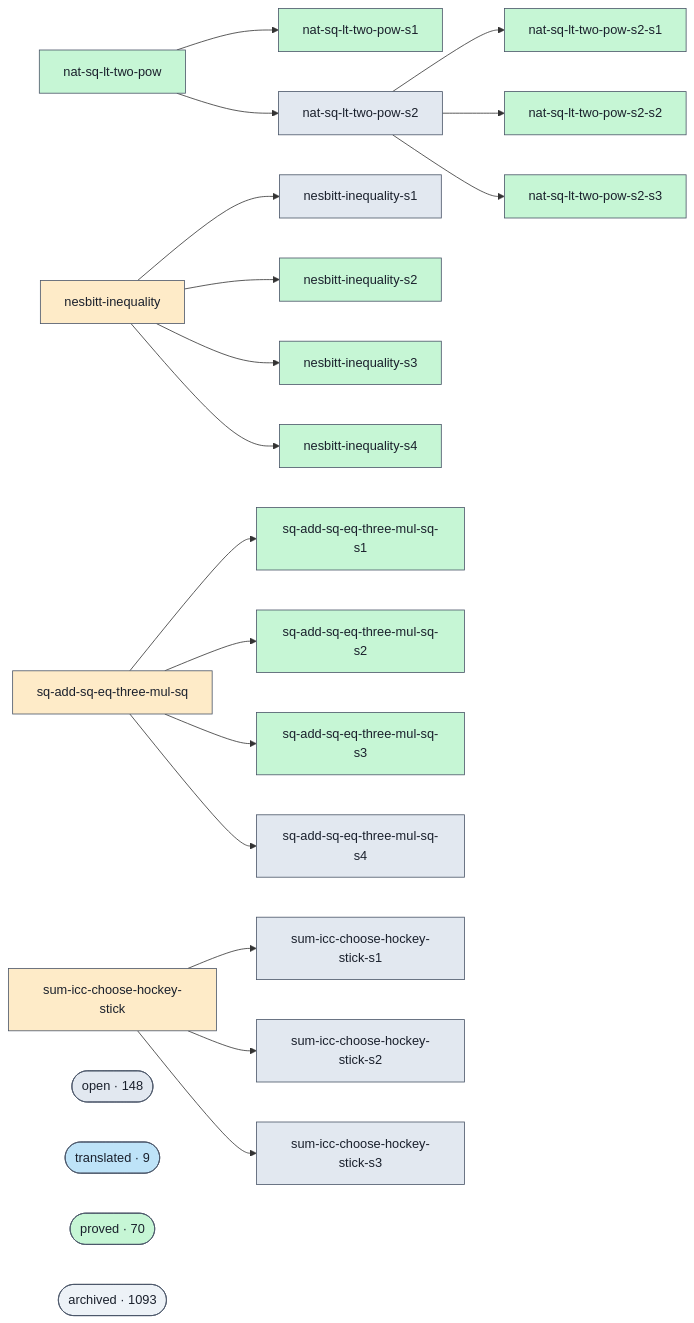
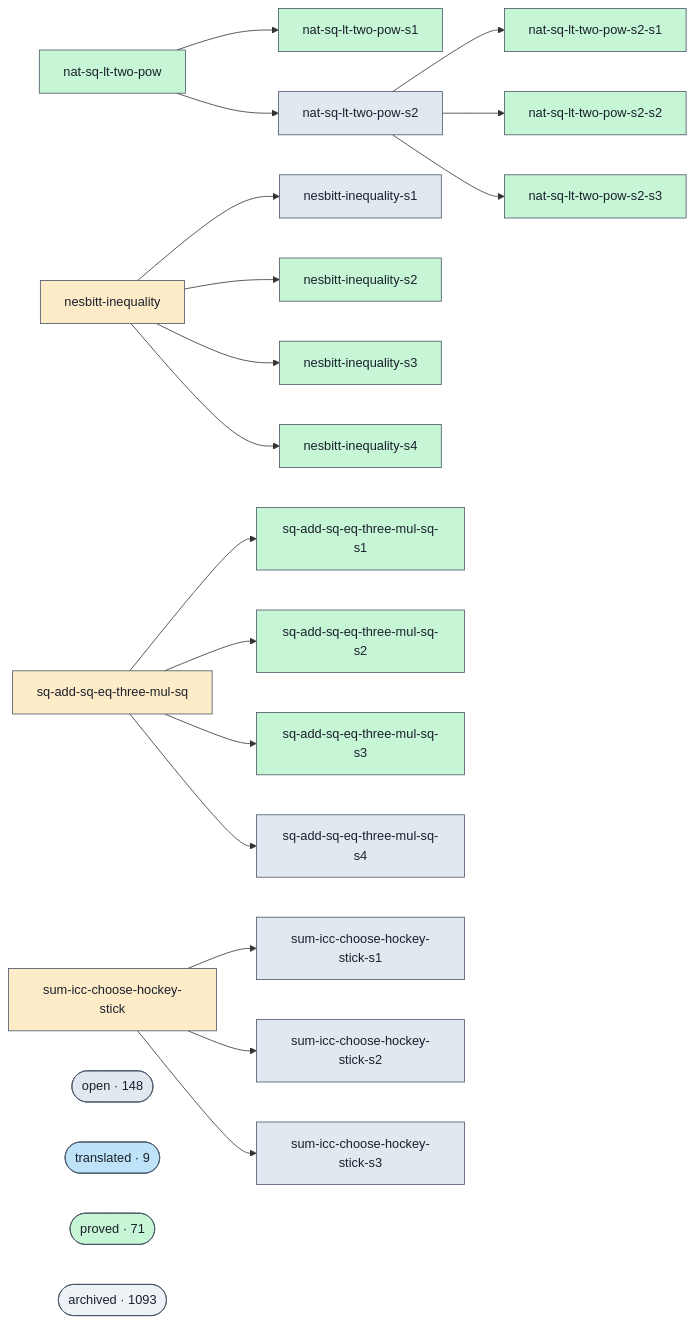
The diagram in docs/proofs-contributors-visualisation.md (ohdearquant/unsorry), drawn with Mermaid before and after one commit. The commit also changed other lines of this file and 2 other files, not shown here.

```diff
--- a/docs/proofs-contributors-visualisation.md
+++ b/docs/proofs-contributors-visualisation.md
@@ -102,7 +102,7 @@
   class cluster_open open;
   cluster_translated(["translated · 9"])
   class cluster_translated translated;
-  cluster_proved(["proved · 70"])
+  cluster_proved(["proved · 71"])
   class cluster_proved proved;
   cluster_archived(["archived · 1093"])
   class cluster_archived unknown;
```
